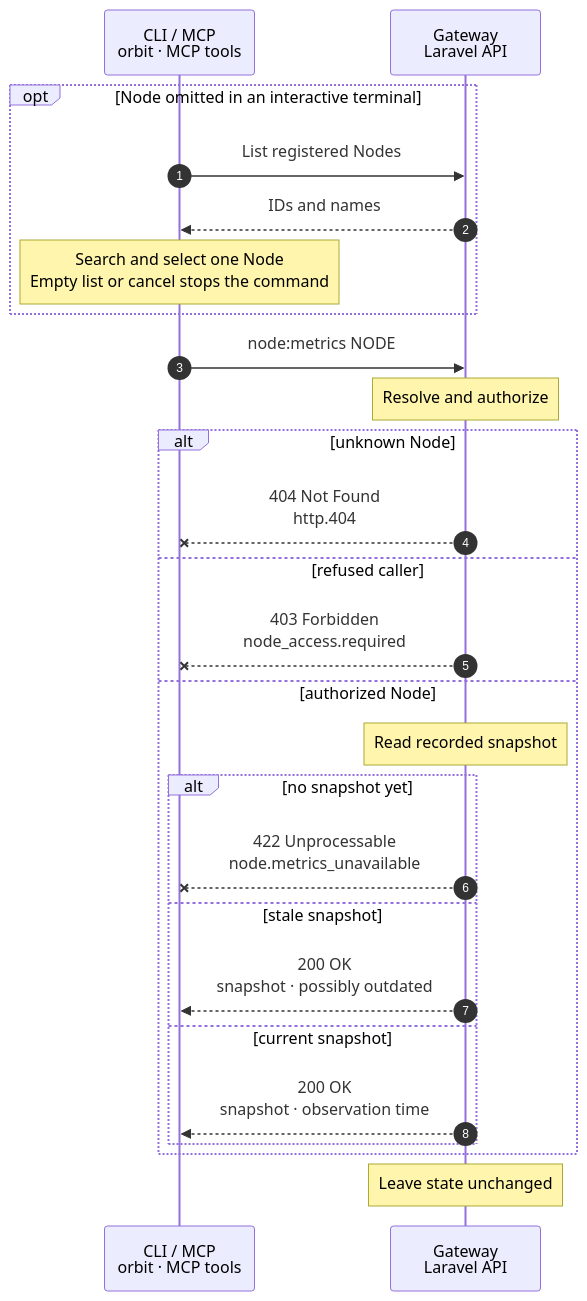
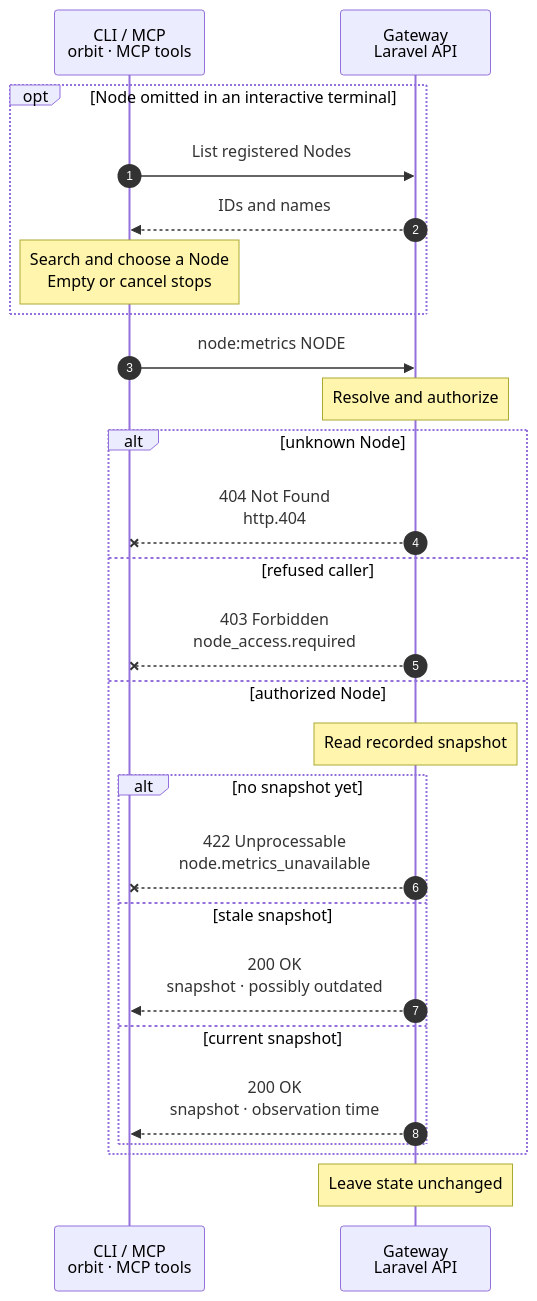
Before and after one commit to hardimpactdev/orbit: the diagram in docs/cli/node/metrics.mmd, drawn with Mermaid.

Commit message:
Keep the metrics selection chart within its label limit

```diff
--- a/docs/cli/node/metrics.mmd
+++ b/docs/cli/node/metrics.mmd
@@ -1,60 +1,60 @@
 sequenceDiagram
   %% Target design: a synchronous read of the Node agent's metrics snapshot from Gateway records. Node family read rules and docs/reference/node-agent.md#liveness.
   %% status: reviewed
   %% command: node:metrics
   %% kind: node.metrics
   autonumber
   %% lane CLI icon=terminal pill=caller tone=gray
   %% lane GW icon=gateway pill=intent tone=blue
   participant CLI as CLI / MCP<br/>orbit · MCP tools
   participant GW as Gateway<br/>Laravel API
   opt Node omitted in an interactive terminal
     CLI->>GW: List registered Nodes
     GW-->>CLI: IDs and names
-    Note over CLI: Search and select one Node<br/>Empty list or cancel stops the command
+    Note over CLI: Search and choose a Node<br/>Empty or cancel stops
   end
   CLI->>GW: node:metrics NODE
   %%> Command:
   %%> - `orbit node:metrics [NODE]`
   %%> - syntax: `[node] [--json]`
   Note over GW: Resolve and authorize
   %%> Requirements:
   %%> - apply the shared Node authority rule (`NodeAccessAuthorizer`), linked from `docs/cli/node/metrics.mdx` to the Node family page
   alt unknown Node
     %% path: unknown-node
     GW--xCLI: 404 Not Found<br/>http.404
     %%> Result:
     %%> - no Node record matches the ID
   else refused caller
     %% path: refused-caller
     GW--xCLI: 403 Forbidden<br/>node_access.required
     %%> Result:
     %%> - the shared Node authority rule refuses the caller
   else authorized Node
     %% path: authorized
     Note over GW: Read recorded snapshot
     %%> What it does:
     %%> - reads only the latest metrics snapshot reported by this Node's agent and the recorded agent liveness
     %%> - contacts no Node or other system, waits for no report and starts no run
     alt no snapshot yet
       %% path: no-snapshot
       GW--xCLI: 422 Unprocessable<br/>node.metrics_unavailable
       %%> Result:
       %%> - no metrics snapshot has been recorded for this Node
     else stale snapshot
       %% path: stale-snapshot
       GW-->>CLI: 200 OK<br/>snapshot · possibly outdated
       %%> Result:
       %%> - returns the retained snapshot, its observation time and agent state; `possibly_outdated` is true when the agent state is not `online`
       %%> - offline wording matches `node:show`: `offline since <time>`; `not_seen` and `unknown` keep their shared meanings
     else current snapshot
       %% path: current-snapshot
       GW-->>CLI: 200 OK<br/>snapshot · observation time
       %%> Result:
       %%> - returns the snapshot with Node name and ID, observation time, per-mount observation times and stale flags, and agent state; `possibly_outdated` is false
     end
   end
   Note over GW: Leave state unchanged
   %%> Result:
   %%> - success and refusal change no records or Node state
   %%> - a repeat reads the latest recorded snapshot again; it is not a skipped action
```
